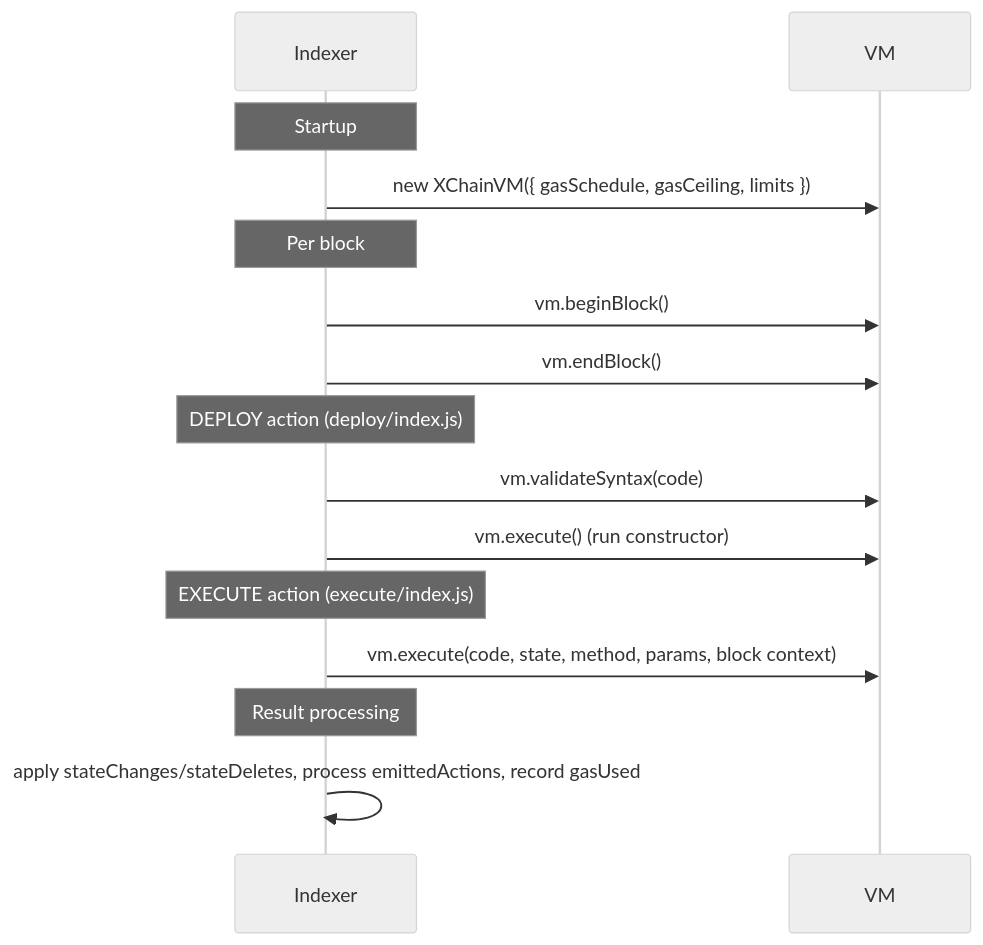
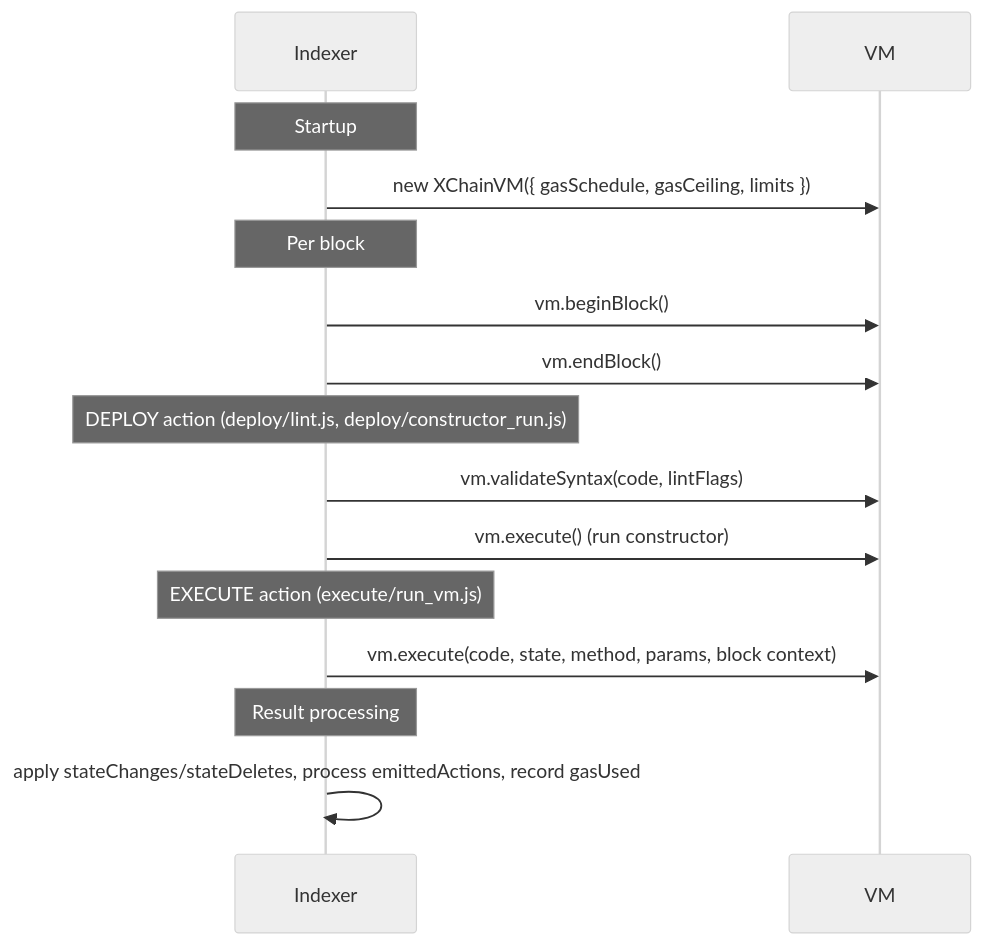
The first of 3 diagrams in components/vm/operations.md (XChain-Platform/xchain-documentation), drawn with Mermaid (neutral theme) before and after one commit. The commit also changed other lines of this file and 42 other files, not shown here.

````diff
--- a/components/vm/operations.md
+++ b/components/vm/operations.md
@@ -47,22 +47,22 @@
 ```mermaid
 sequenceDiagram
     participant Indexer
     participant VM
 
     Note over Indexer: Startup
     Indexer->>VM: new XChainVM({ gasSchedule, gasCeiling, limits })
 
     Note over Indexer: Per block
     Indexer->>VM: vm.beginBlock()
     Indexer->>VM: vm.endBlock()
 
-    Note over Indexer: DEPLOY action (deploy/index.js)
-    Indexer->>VM: vm.validateSyntax(code)
+    Note over Indexer: DEPLOY action (deploy/lint.js, deploy/constructor_run.js)
+    Indexer->>VM: vm.validateSyntax(code, lintFlags)
     Indexer->>VM: vm.execute() (run constructor)
 
-    Note over Indexer: EXECUTE action (execute/index.js)
+    Note over Indexer: EXECUTE action (execute/run_vm.js)
     Indexer->>VM: vm.execute(code, state, method, params, block context)
 
     Note over Indexer: Result processing
     Indexer->>Indexer: apply stateChanges/stateDeletes, process emittedActions, record gasUsed
 ```
````
